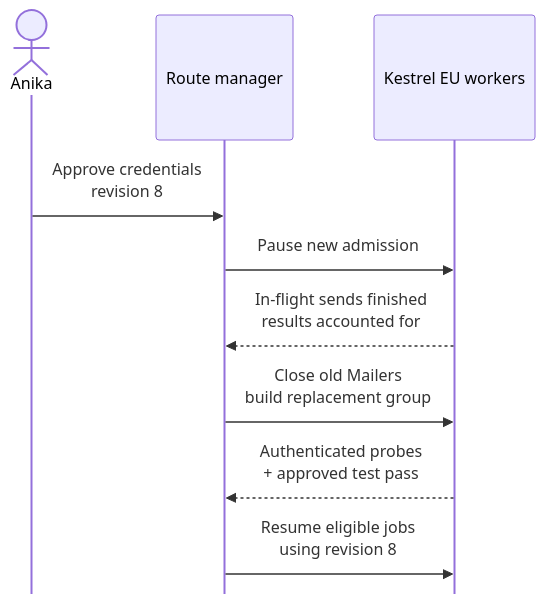
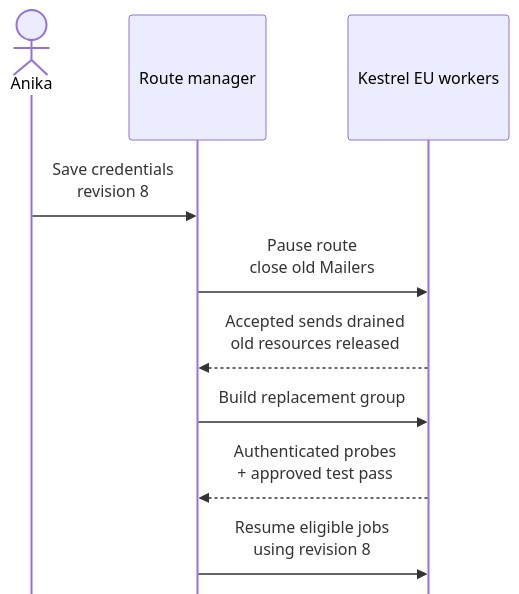
One commit to simple-java-mail/simplejavamail.org changed the fourth of 4 diagrams in src/case-studies/relaydesk.md. Above: the diagram before and after it, drawn with Mermaid. The commit also changed other lines of this file and 7 other files, not shown here.

Commit message:
feat(case-study): finish RelayDesk's cyberpunk mail run

````diff
--- a/src/case-studies/relaydesk.md
+++ b/src/case-studies/relaydesk.md
@@ -447,19 +529,19 @@
 ```mermaid
 %%{init: { "sequence": { "mirrorActors": false, "actorMargin": 24, "width": 125, "height": 125, "messageMargin": 32 } } }%%
 %% journal-portrait: admin /assets/journal/articles/relaydesk/personas/relay-desk-anika-portrait.jpg
 %% journal-node: registry /assets/journal/articles/relaydesk/nodes/relaydesk-cyberpunk-route-manager-node.png
 %% journal-node: workers /assets/journal/articles/relaydesk/nodes/relaydesk-cyberpunk-dispatch-workers-node.png
 sequenceDiagram
     accTitle: Replacing Kestrel's approved mail configuration
-    accDescr: Anika approves replacement credentials. RelayDesk's route manager stops admitting work to Kestrel EU across its dispatch processes, waits for their in-flight sends, closes the old Mailers, constructs the complete replacement group and tests it. Admission resumes only if the replacement group passes the checks. Other customer routes continue throughout.
+    accDescr: Anika saves approved replacement credentials. The new revision triggers RelayDesk's route manager, which pauses Kestrel EU across its dispatch processes and closes the old Mailers. Simple Java Mail drains their accepted work and releases their resources. The route manager then builds and tests both replacements. Sending resumes only if the replacement group passes the checks, while other customer routes continue throughout.
     actor admin as Anika
     participant registry as Route manager
     participant workers as Kestrel EU workers
 
-    admin->>registry: Approve credentials<br/>revision 8
-    registry->>workers: Pause new admission
-    workers-->>registry: In-flight sends finished<br/>results accounted for
-    registry->>workers: Close old Mailers<br/>build replacement group
+    admin->>registry: Save credentials<br/>revision 8
+    registry->>workers: Pause route<br/>close old Mailers
+    workers-->>registry: Accepted sends drained<br/>old resources released
+    registry->>workers: Build replacement group
     workers-->>registry: Authenticated probes<br/>+ approved test pass
     registry->>workers: Resume eligible jobs<br/>using revision 8
 ```
````
